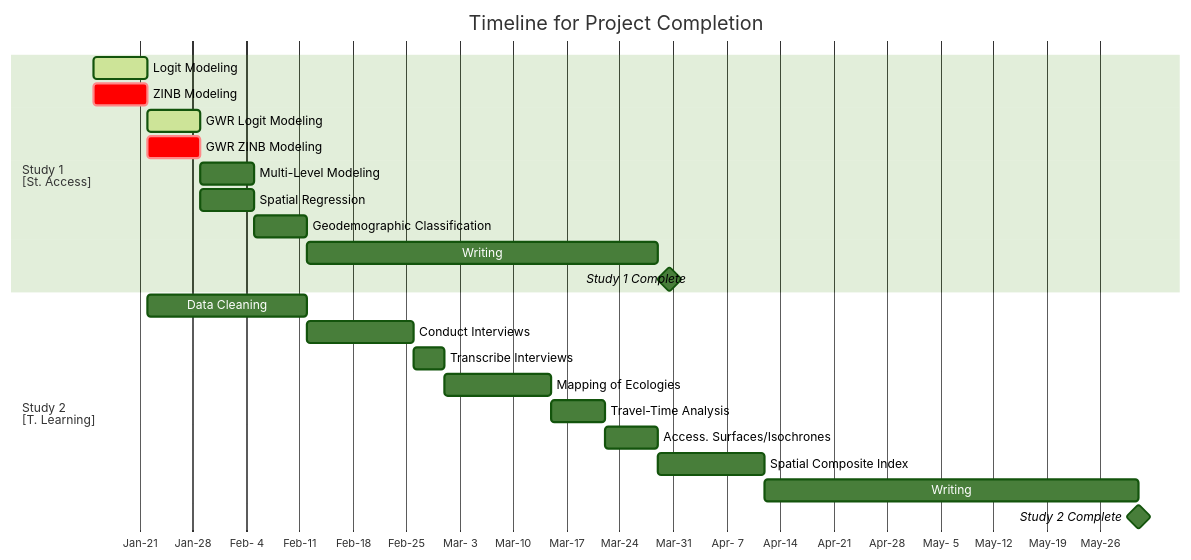
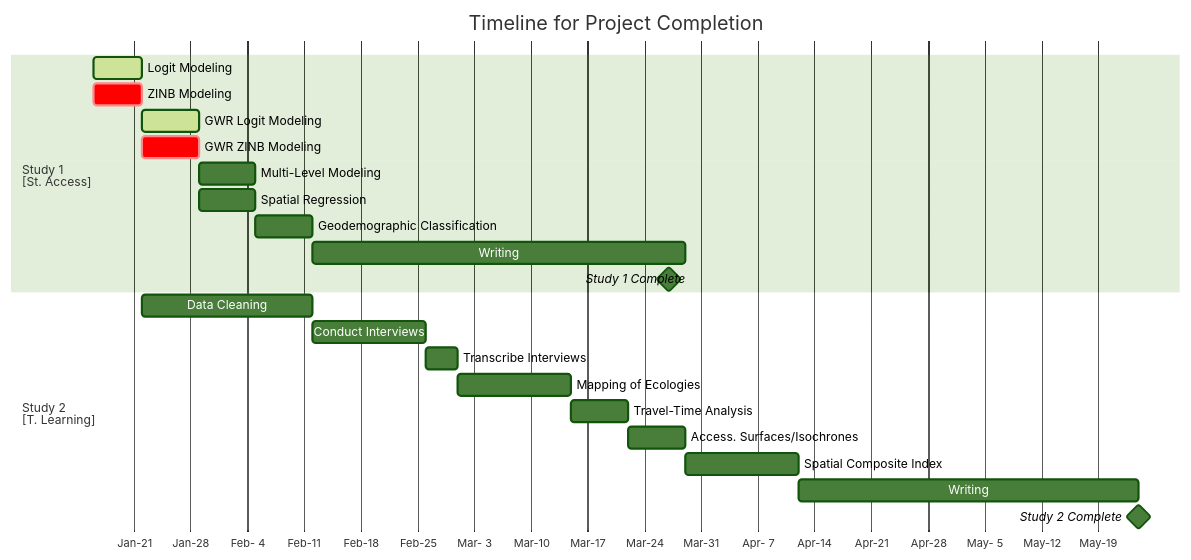
The diagram in cesta/cesta.qmd (KLBoles/KLBoles.github.io), drawn with Mermaid (forest theme) before and after one commit. The commit also changed 7 other files, not shown here.

Commit message:
edited timeline

````diff
--- a/cesta/cesta.qmd
+++ b/cesta/cesta.qmd
@@ -847,30 +847,30 @@
 ```{mermaid}
 gantt
     dateFormat  MM-DD
     axisFormat  %b-%e
     title       Timeline for Project Completion
 
     section Study 1<br>[St. Access]
-    Logit Modeling            :active, a1, 01-15,01-22
-    ZINB Modeling             :crit, a2, 01-15,01-22
+    Logit Modeling            :active, a1, 01-16,01-22
+    ZINB Modeling             :crit, a2, 01-16,01-22
     GWR Logit Modeling        :active, a3, 01-22,01-29
     GWR ZINB Modeling         :crit, a4, 01-22,01-29
     Multi-Level Modeling      :        a5, 01-29,02-05
     Spatial Regression        :        a6, 01-29,02-05
     Geodemographic Classification      :        a7, 02-05,02-12
     Writing                   :        a8, 02-12,03-29
     Study 1 Complete          : milestone, 01-29
 
     section Study 2<br>[T. Learning]
     Data Cleaning             : a1, 01-22, 02-12
     Conduct Interviews        : a2, 02-12, 02-26
     Transcribe Interviews     : a3, 02-26, 03-01
     Mapping of Ecologies      : a4, 03-01, 03-15
     Travel-Time Analysis      : a5, 03-15, 03-22
     Access. Surfaces/Isochrones :a6, 03-22, 03-29
     Spatial Composite Index   : a7, 03-29, 04-12
-    Writing                   : a8, 04-12, 05-31
-    Study 2 Complete          : milestone, 05-31
+    Writing                   : a8, 04-12, 05-24
+    Study 2 Complete          : milestone, 05-24
     
 
 ```
````
